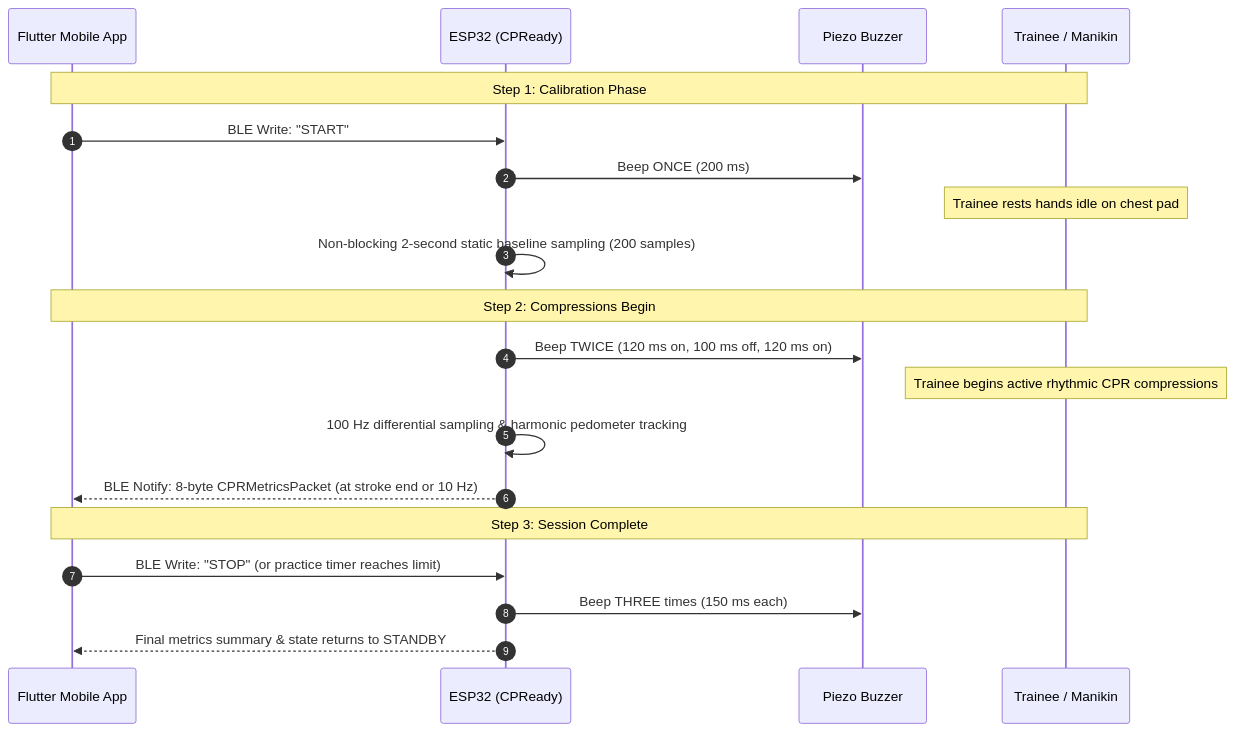
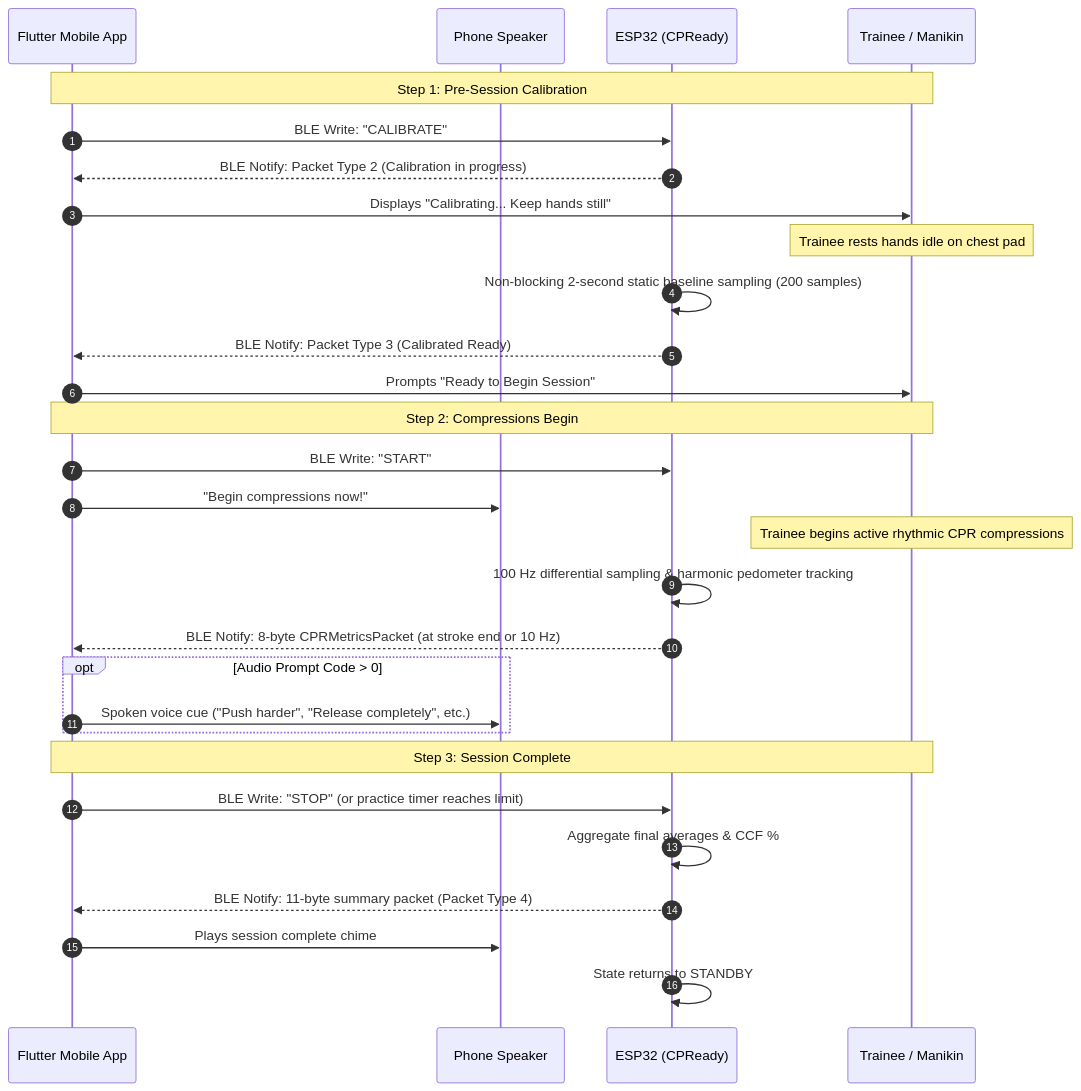
The first of 2 diagrams in CPReady_Program/docs/ARCHITECTURE.md (Marni3/CPReady), drawn with Mermaid before and after one commit. The commit also changed other lines of this file and 10 other files, not shown here.

Commit message:
refactor(firmware): streamline audio guidance to smartphone and remove hardware buzzer subsystem

````diff
--- a/CPReady_Program/docs/ARCHITECTURE.md
+++ b/CPReady_Program/docs/ARCHITECTURE.md
@@ -27,25 +27,34 @@
 ```mermaid
 sequenceDiagram
     autonumber
     participant App as Flutter Mobile App
+    participant PhoneSPK as Phone Speaker
     participant ESP as ESP32 (CPReady)
-    participant Buzz as Piezo Buzzer
     participant Trainee as Trainee / Manikin
 
-    Note over App,Trainee: Step 1: Calibration Phase
-    App->>ESP: BLE Write: "START"
-    ESP->>Buzz: Beep ONCE (200 ms)
+    Note over App,Trainee: Step 1: Pre-Session Calibration
+    App->>ESP: BLE Write: "CALIBRATE"
+    ESP-->>App: BLE Notify: Packet Type 2 (Calibration in progress)
+    App->>Trainee: Displays "Calibrating... Keep hands still"
     Note over Trainee: Trainee rests hands idle on chest pad
     ESP->>ESP: Non-blocking 2-second static baseline sampling (200 samples)
+    ESP-->>App: BLE Notify: Packet Type 3 (Calibrated Ready)
+    App->>Trainee: Prompts "Ready to Begin Session"
     
     Note over App,Trainee: Step 2: Compressions Begin
-    ESP->>Buzz: Beep TWICE (120 ms on, 100 ms off, 120 ms on)
+    App->>ESP: BLE Write: "START"
+    App->>PhoneSPK: "Begin compressions now!"
     Note over Trainee: Trainee begins active rhythmic CPR compressions
     ESP->>ESP: 100 Hz differential sampling & harmonic pedometer tracking
     ESP-->>App: BLE Notify: 8-byte CPRMetricsPacket (at stroke end or 10 Hz)
+    opt Audio Prompt Code > 0
+        App->>PhoneSPK: Spoken voice cue ("Push harder", "Release completely", etc.)
+    end
     
     Note over App,Trainee: Step 3: Session Complete
     App->>ESP: BLE Write: "STOP" (or practice timer reaches limit)
-    ESP->>Buzz: Beep THREE times (150 ms each)
-    ESP-->>App: Final metrics summary & state returns to STANDBY
+    ESP->>ESP: Aggregate final averages & CCF %
+    ESP-->>App: BLE Notify: 11-byte summary packet (Packet Type 4)
+    App->>PhoneSPK: Plays session complete chime
+    ESP->>ESP: State returns to STANDBY
 ```
````
